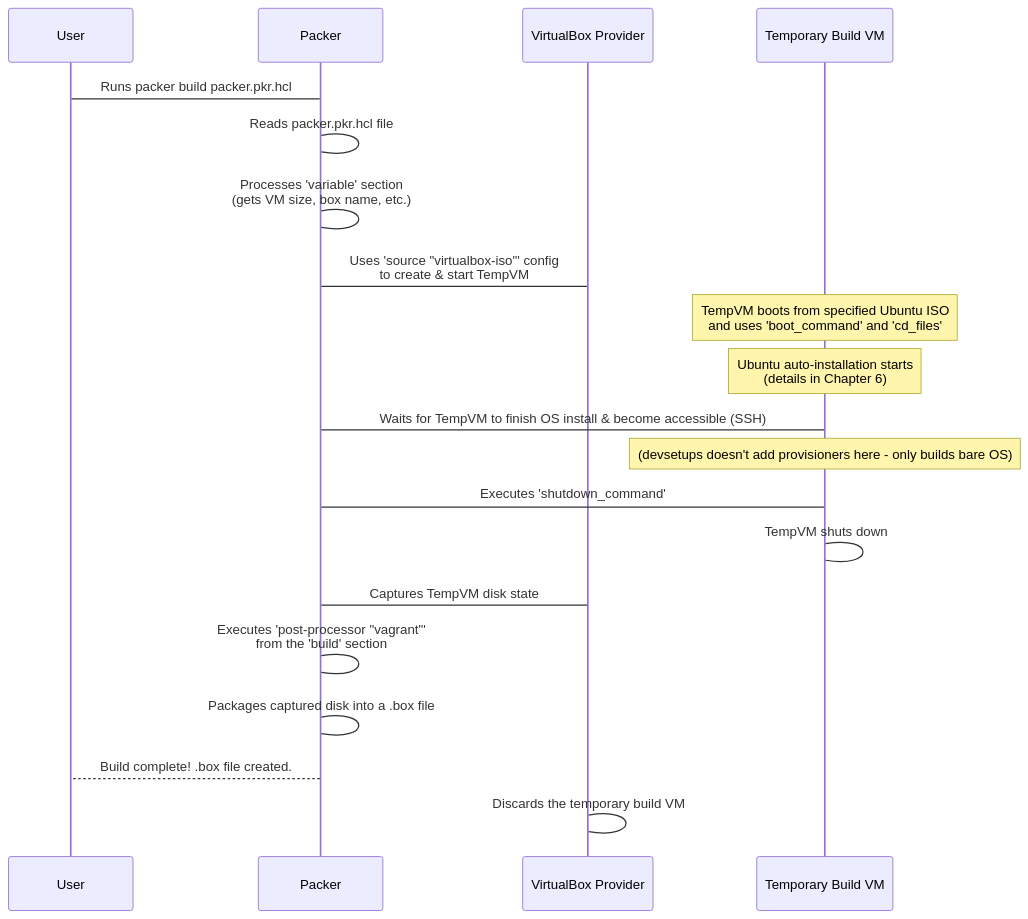
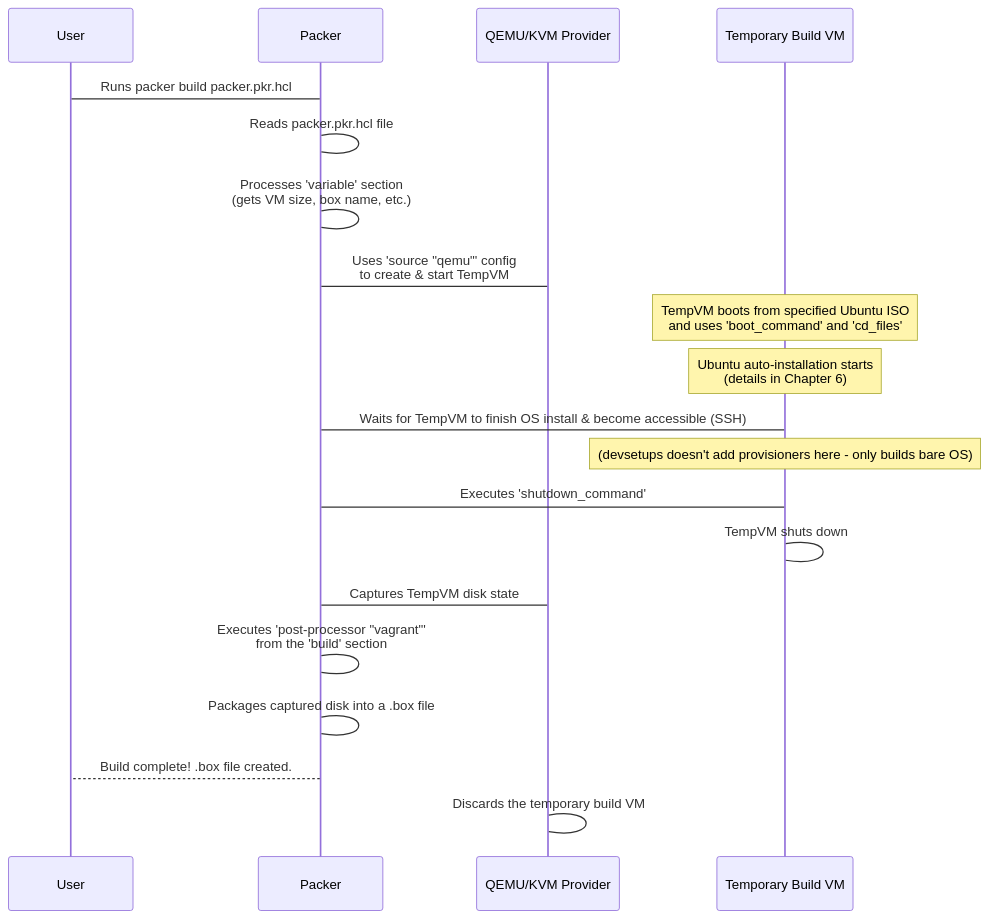
One commit to arslan-qamar/devsetups changed the diagram in codebase tutorial/05_packer_template__packer_pkr_hcl__.md. Above: the diagram before and after it, drawn with Mermaid. The commit also changed other lines of this file and 29 other files, not shown here.

````diff
--- a/codebase tutorial/05_packer_template__packer_pkr_hcl__.md
+++ b/codebase tutorial/05_packer_template__packer_pkr_hcl__.md
@@ -41,24 +41,24 @@
 ```mermaid
 sequenceDiagram
     participant User
     participant PackerTool as Packer
-    participant VirtualBox as VirtualBox Provider
+    participant Qemu as QEMU/KVM Provider
     participant TempVM as Temporary Build VM
 
     User->PackerTool: Runs packer build packer.pkr.hcl
     PackerTool->PackerTool: Reads packer.pkr.hcl file
     PackerTool->PackerTool: Processes 'variable' section<br/>(gets VM size, box name, etc.)
-    PackerTool->VirtualBox: Uses 'source "virtualbox-iso"' config<br/>to create & start TempVM
+    PackerTool->Qemu: Uses 'source "qemu"' config<br/>to create & start TempVM
     Note over TempVM: TempVM boots from specified Ubuntu ISO<br/>and uses 'boot_command' and 'cd_files'
     Note over TempVM: Ubuntu auto-installation starts<br/>(details in Chapter 6)
     PackerTool->TempVM: Waits for TempVM to finish OS install & become accessible (SSH)
     Note over TempVM: (devsetups doesn't add provisioners here - only builds bare OS)
     PackerTool->TempVM: Executes 'shutdown_command'
     TempVM->TempVM: TempVM shuts down
-    PackerTool->VirtualBox: Captures TempVM disk state
+    PackerTool->Qemu: Captures TempVM disk state
     PackerTool->PackerTool: Executes 'post-processor "vagrant"'<br/>from the 'build' section
     PackerTool->PackerTool: Packages captured disk into a .box file
     PackerTool-->User: Build complete! .box file created.
-    VirtualBox->VirtualBox: Discards the temporary build VM
+    Qemu->Qemu: Discards the temporary build VM
 
 ```
````
